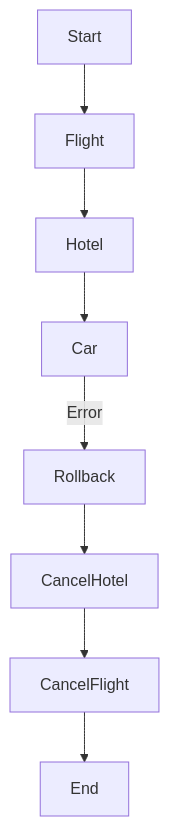
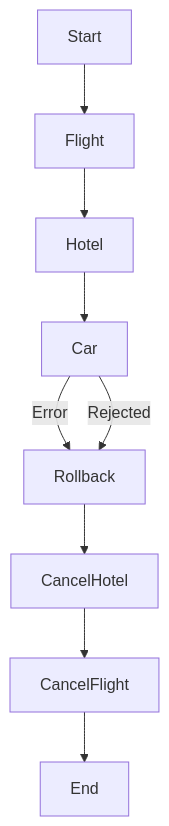
The diagram in docs/guides/manual_saga_pattern.md (aretw0/trellis), drawn with Mermaid before and after one commit. The commit also changed other lines of this file and 5 other files, not shown here.

````diff
--- a/docs/guides/manual_saga_pattern.md
+++ b/docs/guides/manual_saga_pattern.md
@@ -46,10 +63,11 @@
 ```mermaid
 graph TD
     Start --> Flight
     Flight --> Hotel
     Hotel --> Car
     Car -- Error --> Rollback
+    Car -- "Rejected" --> Rollback
     Rollback --> CancelHotel
     CancelHotel --> CancelFlight
     CancelFlight --> End
 ```
````
